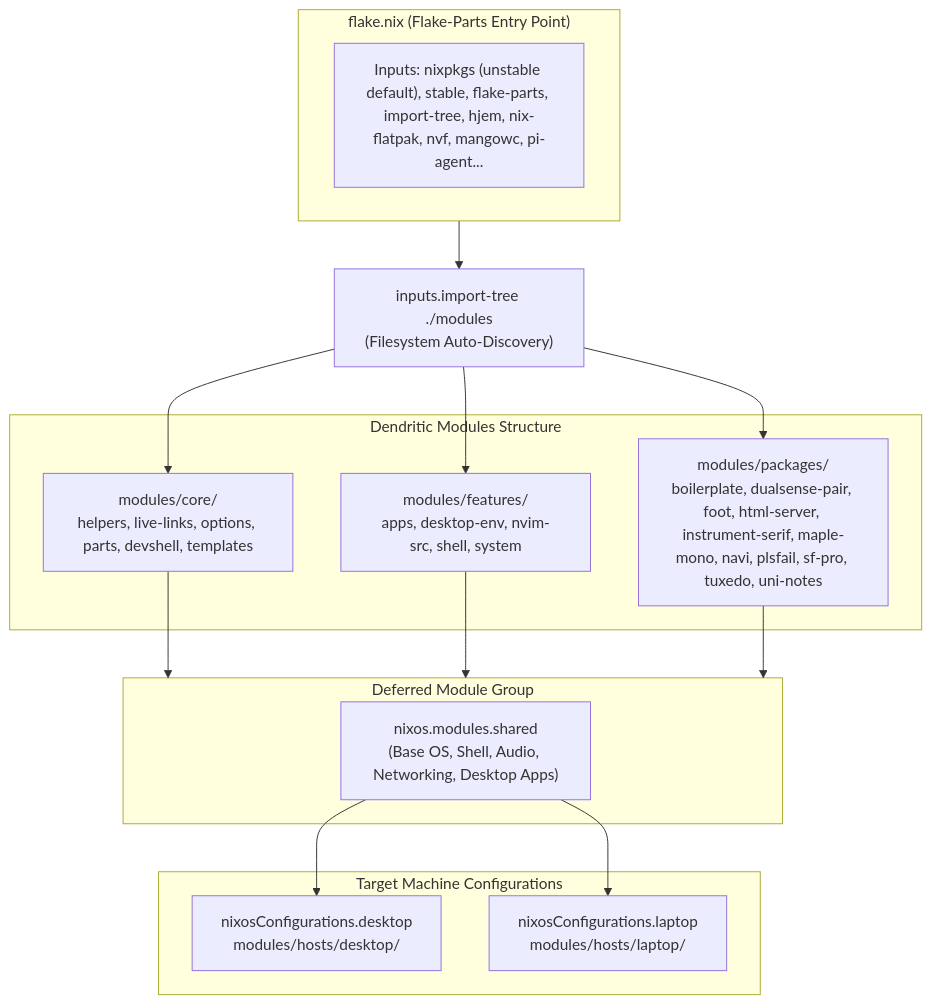
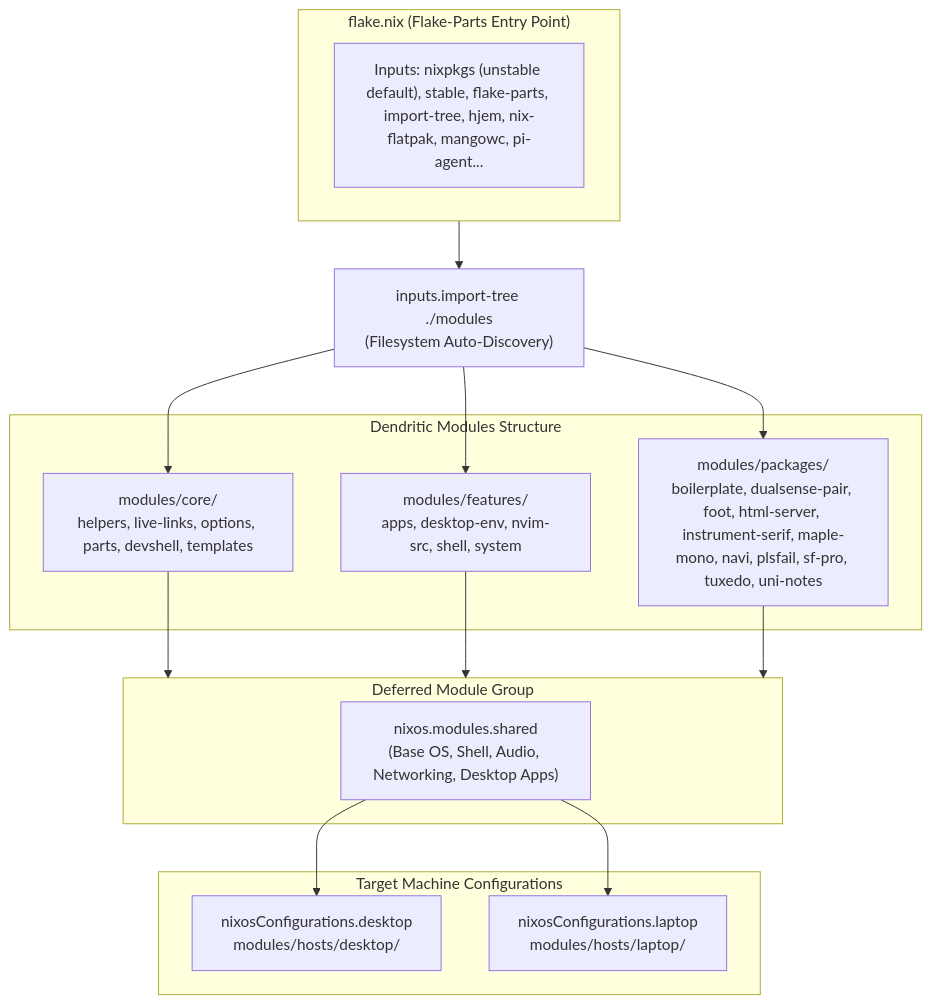
One commit to Ssnibles/NixConfig changed the diagram in README.md. Above: the diagram before and after it, drawn with Mermaid. The commit also changed other lines of this file and 26 other files, not shown here.

````diff
--- a/README.md
+++ b/README.md
@@ -89,41 +89,41 @@
 ```mermaid
 flowchart TD
     subgraph Flake["flake.nix (Flake-Parts Entry Point)"]
-        Inputs["Inputs: nixpkgs (unstable default), stable, flake-parts, import-tree, hjem, nix-flatpak, nvf, mangowc, pi-agent..."]
+        Inputs["Inputs: nixpkgs (unstable default), stable, flake-parts, import-tree, hjem, nix-flatpak, mangowc, pi-agent..."]
     end
 
     Tree["inputs.import-tree ./modules<br/>(Filesystem Auto-Discovery)"]
     Flake --> Tree
 
     subgraph Modules["Dendritic Modules Structure"]
         Core["modules/core/<br/>helpers, live-links, options, parts, devshell, templates"]
         Features["modules/features/<br/>apps, desktop-env, nvim-src, shell, system"]
         Packages["modules/packages/<br/>boilerplate, dualsense-pair, foot, html-server, instrument-serif, maple-mono, navi, plsfail, sf-pro, tuxedo, uni-notes"]
     end
 
     Tree --> Core
     Tree --> Features
     Tree --> Packages
 
     subgraph Composition["Deferred Module Group"]
         Shared["nixos.modules.shared<br/>(Base OS, Shell, Audio, Networking, Desktop Apps)"]
     end
 
     Core --> Composition
     Features --> Composition
     Packages --> Composition
 
     subgraph Hosts["Target Machine Configurations"]
         Host0["nixosConfigurations.desktop<br/>modules/hosts/desktop/"]
         Host1["nixosConfigurations.laptop<br/>modules/hosts/laptop/"]
     end
 
     Shared --> Host0
     Shared --> Host1
 
     click Core href "modules/core" "Open core modules"
     click Features href "modules/features" "Open features modules"
     click Packages href "modules/packages" "Open custom packages"
     click Host0 href "modules/hosts/desktop" "Open the desktop host configuration"
     click Host1 href "modules/hosts/laptop" "Open the laptop host configuration"
 ```
````
